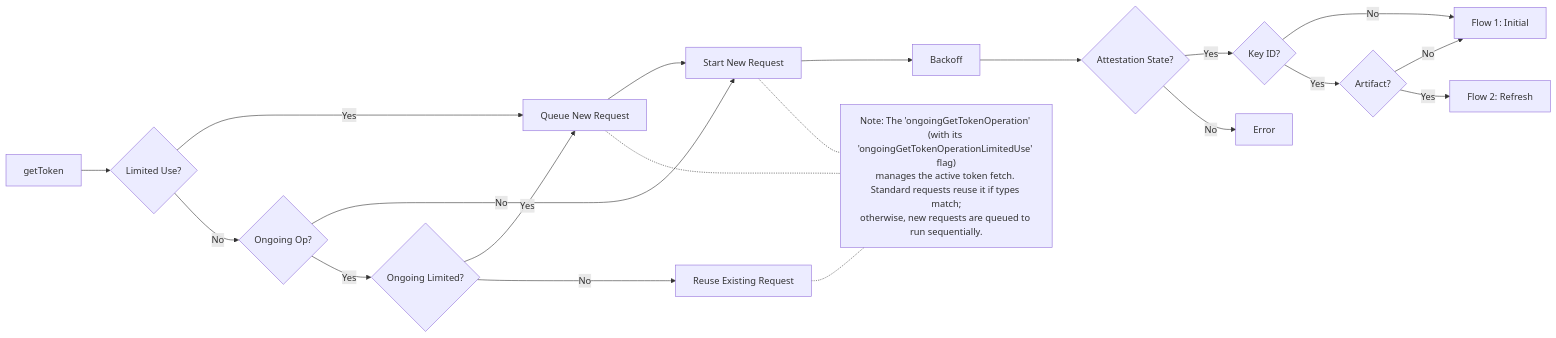
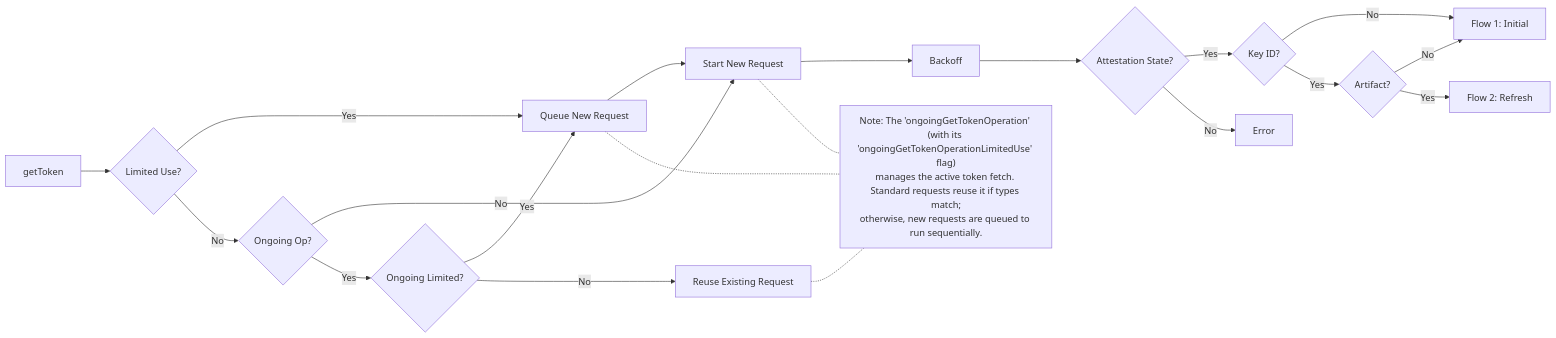
One commit to google/app-check changed the first of 4 diagrams in docs/providers/app-attest.md. Above: the diagram before and after it, drawn with Mermaid.

````diff
--- a/docs/providers/app-attest.md
+++ b/docs/providers/app-attest.md
@@ -31,33 +31,33 @@
 ```mermaid
-%%{init: {"flowchart": {"diagramPadding": 100}}}%%
+%%{init: {"flowchart": {"diagramPadding": 115}}}%%
 flowchart LR
     Start[getToken] --> CheckUse{Limited Use?}
     
     CheckUse -- Yes --> Queue[Queue New Request]
     CheckUse -- No --> Coalesce{Ongoing Op?}
     
     Coalesce -- No --> StartNew[Start New Request]
     Coalesce -- Yes --> CheckOngoing{Ongoing Limited?}
     
     CheckOngoing -- Yes --> Queue
     CheckOngoing -- No --> Reuse[Reuse Existing Request]
     
     Queue --> StartNew
     StartNew --> Backoff[Backoff]
     
     Backoff --> StateCheck{Attestation State?}
     
     StateCheck -->|Yes| KeyCheck{Key ID?}
     
     KeyCheck -- No --> Flow1[Flow 1: Initial]
     KeyCheck -- Yes --> ArtifactCheck{Artifact?}
     
     ArtifactCheck -- No --> Flow1
     ArtifactCheck -- Yes --> Flow2[Flow 2: Refresh]
 
     StateCheck -->|No| Error[Error]
 
     Reuse -.- Footnote["Note: The 'ongoingGetTokenOperation' (with its 'ongoingGetTokenOperationLimitedUse' flag)<br/>manages the active token fetch. Standard requests reuse it if types match;<br/>otherwise, new requests are queued to run sequentially."]
     Queue -.- Footnote
     StartNew -.- Footnote
 ```
````
